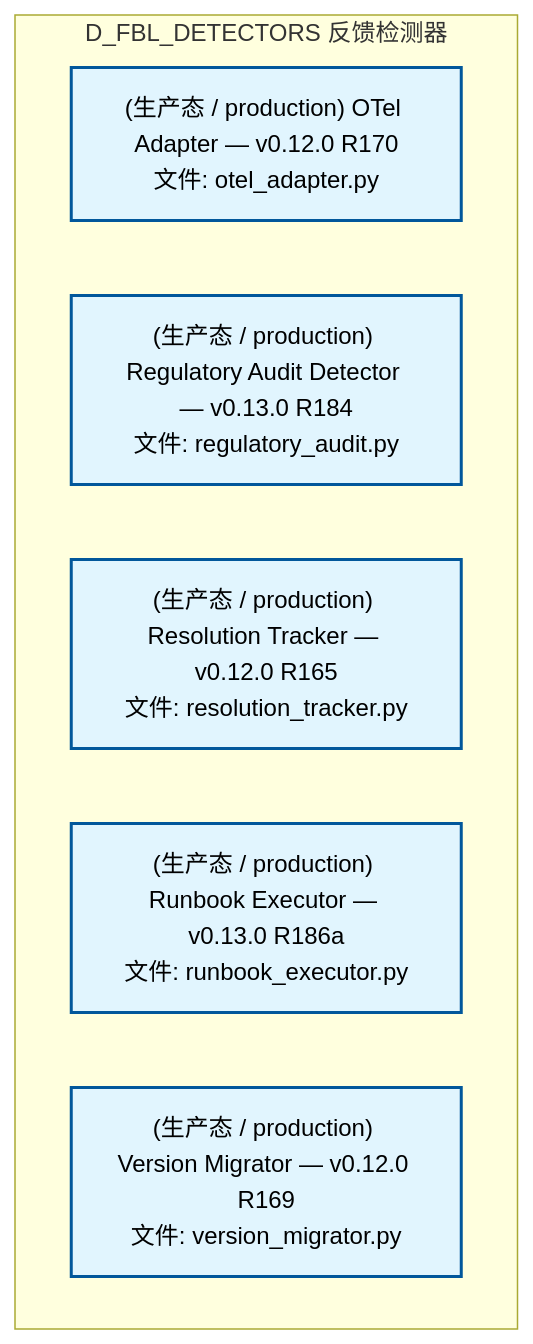
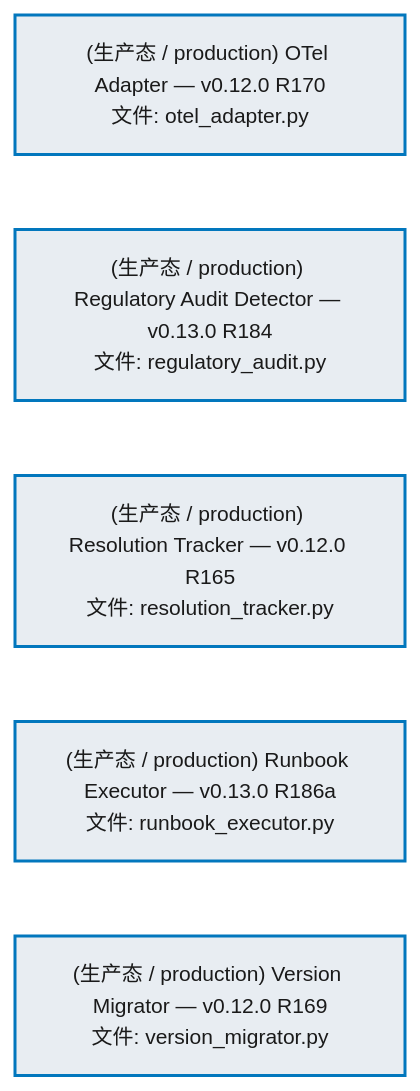
One commit to xuanFelixVan/ZephyrAlpha changed the third of 5 diagrams in docs/02_enterprise_architecture/02_domain_architecture_docs/15_d_fbl_detectors.md. Above: the diagram before and after it, drawn with Mermaid. The commit also changed other lines of this file and 76 other files, not shown here.

````diff
--- a/docs/02_enterprise_architecture/02_domain_architecture_docs/15_d_fbl_detectors.md
+++ b/docs/02_enterprise_architecture/02_domain_architecture_docs/15_d_fbl_detectors.md
@@ -226,15 +281,18 @@
 ```mermaid
-graph TD
-    subgraph D_FBL_DETECTORS["D_FBL_DETECTORS 反馈检测器"]
-        src_zephyr_feedback_loop_detectors_reliability_otel_adapter_py["(生产态 / production) OTel Adapter — v0.12.0 R170<br/>文件: otel_adapter.py"]
-        src_zephyr_feedback_loop_detectors_reliability_regulatory_audit_py["(生产态 / production) Regulatory Audit Detector — v0.13.0 R184<br/>文件: regulatory_audit.py"]
-        src_zephyr_feedback_loop_detectors_reliability_resolution_tracker_py["(生产态 / production) Resolution Tracker — v0.12.0 R165<br/>文件: resolution_tracker.py"]
-        src_zephyr_feedback_loop_detectors_reliability_runbook_executor_py["(生产态 / production) Runbook Executor — v0.13.0 R186a<br/>文件: runbook_executor.py"]
-        src_zephyr_feedback_loop_detectors_reliability_version_migrator_py["(生产态 / production) Version Migrator — v0.12.0 R169<br/>文件: version_migrator.py"]
-    end
-    classDef production fill:#e1f5fe,stroke:#01579b,stroke-width:2px,color:#000
-    classDef design fill:#fff3e0,stroke:#e65100,stroke-width:2px,color:#000,stroke-dasharray: 5 5
-    classDef external_prod fill:#e8f5e9,stroke:#1b5e20,stroke-width:1px,color:#000
-    classDef external_design fill:#fce4ec,stroke:#880e4f,stroke-width:1px,color:#000,stroke-dasharray: 5 5
+%%{init: {'theme': 'base', 'themeVariables': {'primaryColor': '#eaeaea', 'primaryTextColor': '#333333', 'primaryBorderColor': '#666666', 'lineColor': '#666666', 'secondaryColor': '#eaeaea', 'tertiaryColor': '#eaeaea', 'fontSize': '14px'}}}%%
+flowchart TD
+    src_zephyr_feedback_loop_detectors_reliability_otel_adapter_py["(生产态 / production) OTel Adapter — v0.12.0 R170<br/>文件: otel_adapter.py"]
+    src_zephyr_feedback_loop_detectors_reliability_regulatory_audit_py["(生产态 / production) Regulatory Audit Detector — v0.13.0 R184<br/>文件: regulatory_audit.py"]
+    src_zephyr_feedback_loop_detectors_reliability_resolution_tracker_py["(生产态 / production) Resolution Tracker — v0.12.0 R165<br/>文件: resolution_tracker.py"]
+    src_zephyr_feedback_loop_detectors_reliability_runbook_executor_py["(生产态 / production) Runbook Executor — v0.13.0 R186a<br/>文件: runbook_executor.py"]
+    src_zephyr_feedback_loop_detectors_reliability_version_migrator_py["(生产态 / production) Version Migrator — v0.12.0 R169<br/>文件: version_migrator.py"]
+    src_zephyr_feedback_loop_detectors_reliability_otel_adapter_py ~~~ src_zephyr_feedback_loop_detectors_reliability_regulatory_audit_py
+    src_zephyr_feedback_loop_detectors_reliability_regulatory_audit_py ~~~ src_zephyr_feedback_loop_detectors_reliability_resolution_tracker_py
+    src_zephyr_feedback_loop_detectors_reliability_resolution_tracker_py ~~~ src_zephyr_feedback_loop_detectors_reliability_runbook_executor_py
+    src_zephyr_feedback_loop_detectors_reliability_runbook_executor_py ~~~ src_zephyr_feedback_loop_detectors_reliability_version_migrator_py
+    classDef production fill:#e8edf2,stroke:#0277bd,stroke-width:2px,color:#1a1a1a
+    classDef design fill:#f0ebe3,stroke:#bf360c,stroke-width:2px,color:#1a1a1a,stroke-dasharray: 5 5
+    classDef external_prod fill:#e8efe9,stroke:#1b5e20,stroke-width:1px,color:#1a1a1a
+    classDef external_design fill:#efe5ea,stroke:#880e4f,stroke-width:1px,color:#1a1a1a,stroke-dasharray: 5 5
     class src_zephyr_feedback_loop_detectors_reliability_otel_adapter_py,src_zephyr_feedback_loop_detectors_reliability_regulatory_audit_py,src_zephyr_feedback_loop_detectors_reliability_resolution_tracker_py,src_zephyr_feedback_loop_detectors_reliability_runbook_executor_py,src_zephyr_feedback_loop_detectors_reliability_version_migrator_py production
 ```
````
